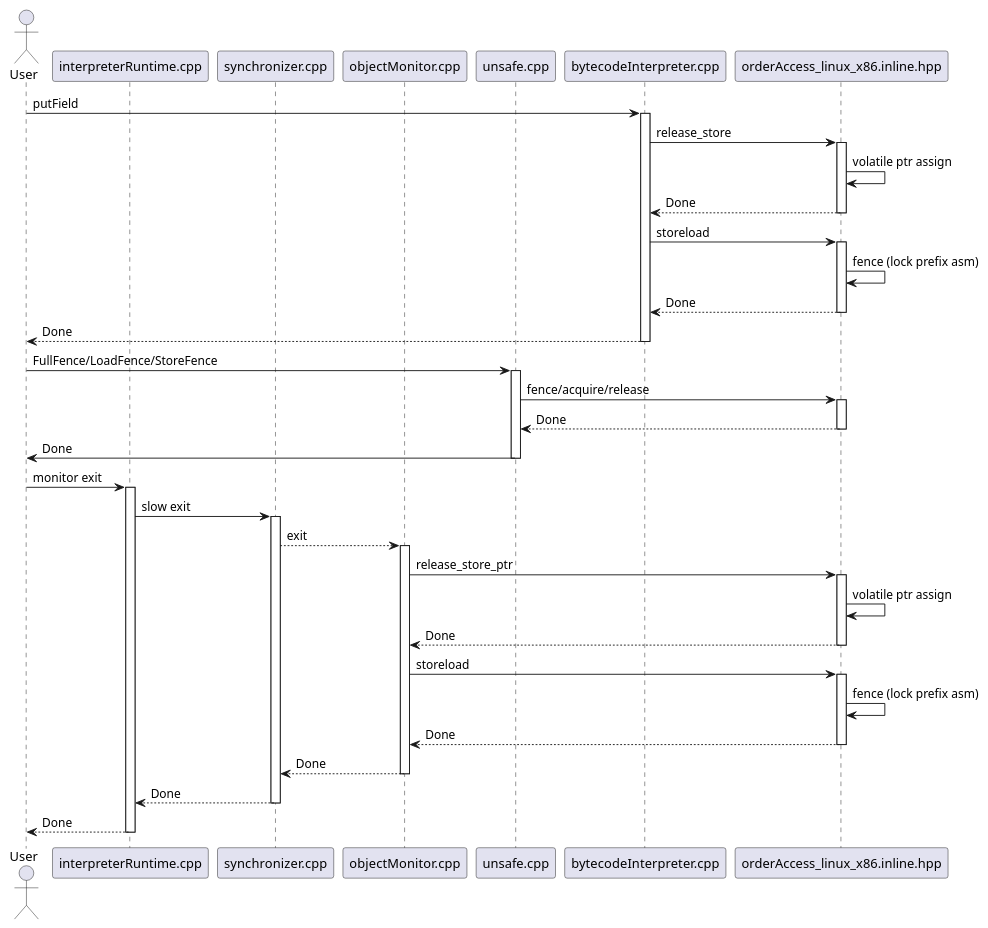
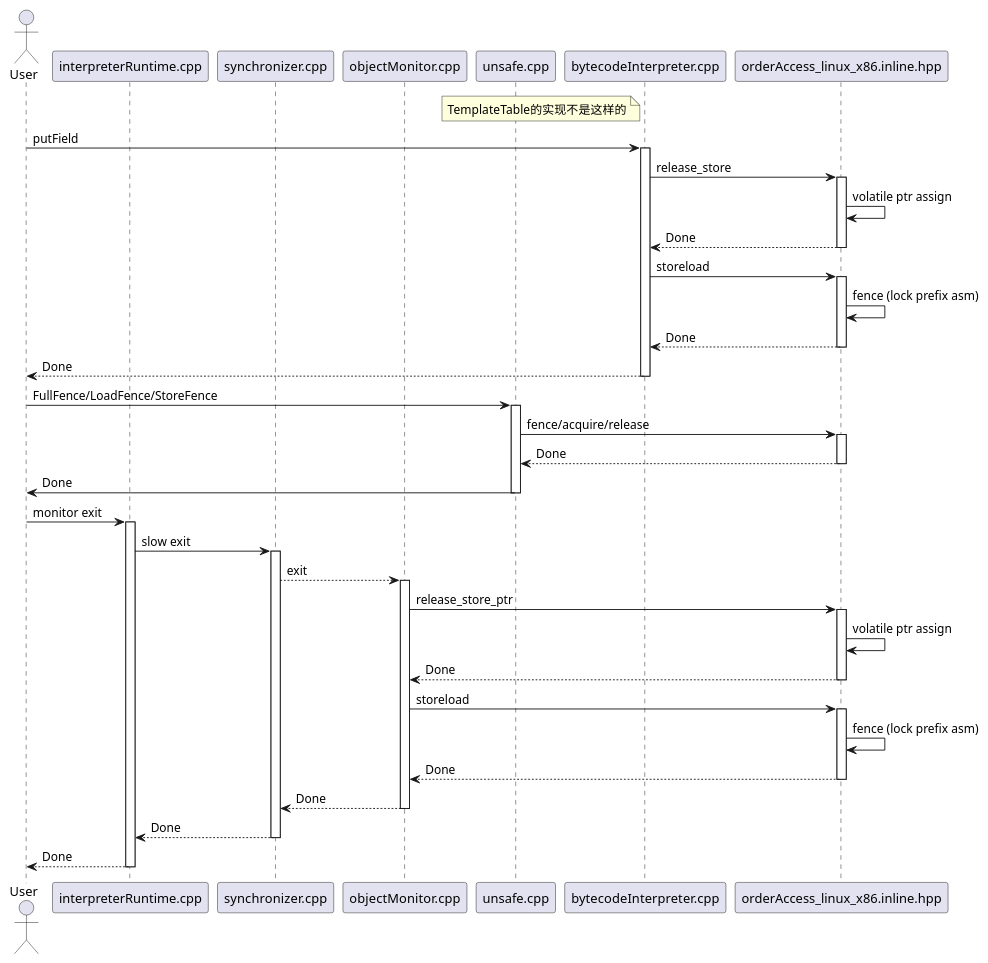
Before and after one commit to al2wyw/c_demo: the diagram in order_access.puml, drawn with PlantUML. The commit also changed 1 other file, not shown here.

```diff
--- a/order_access.puml
+++ b/order_access.puml
@@ -1,83 +1,85 @@
 @startuml
 
 actor User
 participant "interpreterRuntime.cpp" as interpretRT
 participant "synchronizer.cpp" as syn
 participant "objectMonitor.cpp" as objectM
 participant "unsafe.cpp" as unsafe
 participant "bytecodeInterpreter.cpp" as interpret
 participant "orderAccess_linux_x86.inline.hpp" as OrderAccess
-
+note left of interpret
+TemplateTable的实现不是这样的
+end note
 User -> interpret: putField
 activate interpret
 
 interpret -> OrderAccess: release_store
 activate OrderAccess
 
 OrderAccess -> OrderAccess: volatile ptr assign
 
 OrderAccess --> interpret: Done
 deactivate OrderAccess
 
 interpret -> OrderAccess: storeload
 activate OrderAccess
 
 OrderAccess -> OrderAccess: fence (lock prefix asm)
 
 OrderAccess --> interpret: Done
 deactivate OrderAccess
 
 interpret --> User: Done
 deactivate interpret
 
 
 
 User -> unsafe: FullFence/LoadFence/StoreFence
 activate unsafe
 
 unsafe -> OrderAccess: fence/acquire/release
 activate OrderAccess
 
 OrderAccess --> unsafe: Done
 deactivate OrderAccess
 
 unsafe -> User: Done
 deactivate unsafe
 
 
 
 User -> interpretRT: monitor exit
 activate interpretRT
 
 interpretRT -> syn: slow exit
 activate syn
 
 syn --> objectM: exit
 activate objectM
 
 objectM -> OrderAccess: release_store_ptr
 activate OrderAccess
 
 OrderAccess -> OrderAccess: volatile ptr assign
 
 OrderAccess --> objectM: Done
 deactivate OrderAccess
 
 objectM -> OrderAccess: storeload
 activate OrderAccess
 
 OrderAccess -> OrderAccess: fence (lock prefix asm)
 
 OrderAccess --> objectM: Done
 deactivate OrderAccess
 
 objectM --> syn: Done
 deactivate objectM
 
 syn --> interpretRT: Done
 deactivate syn
 
 interpretRT --> User: Done
 deactivate interpretRT
 
 @enduml
```
